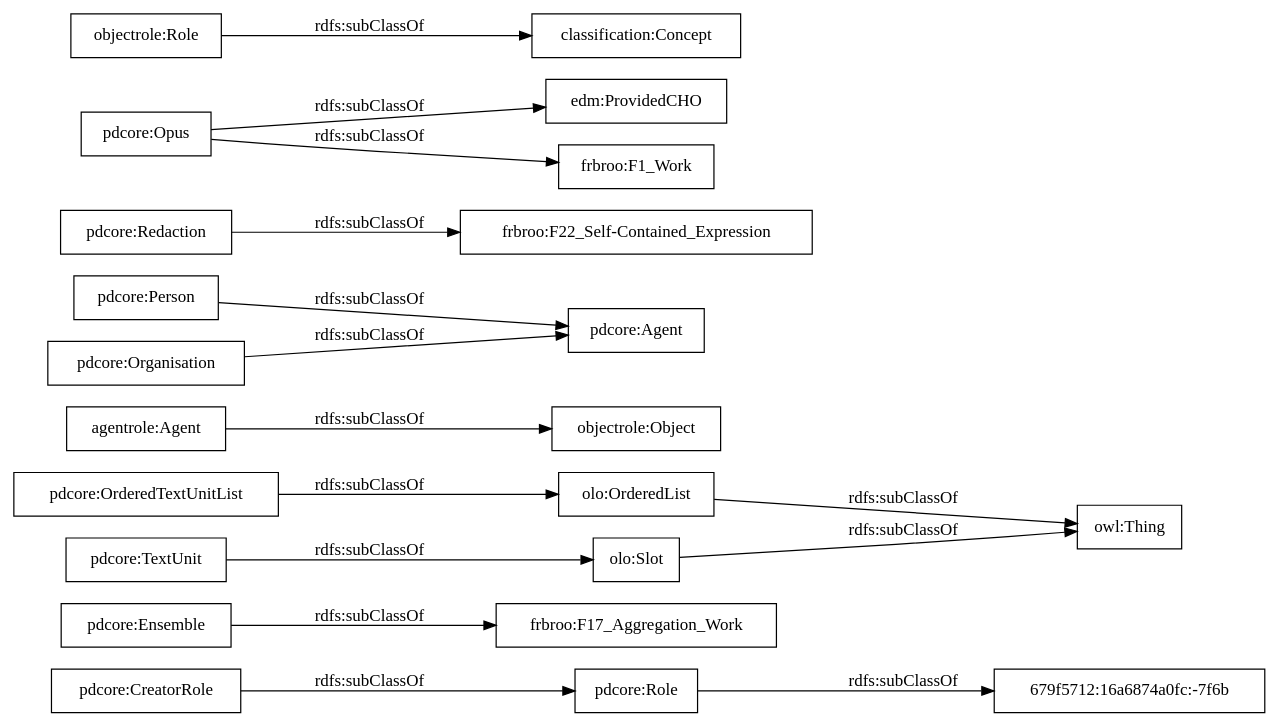
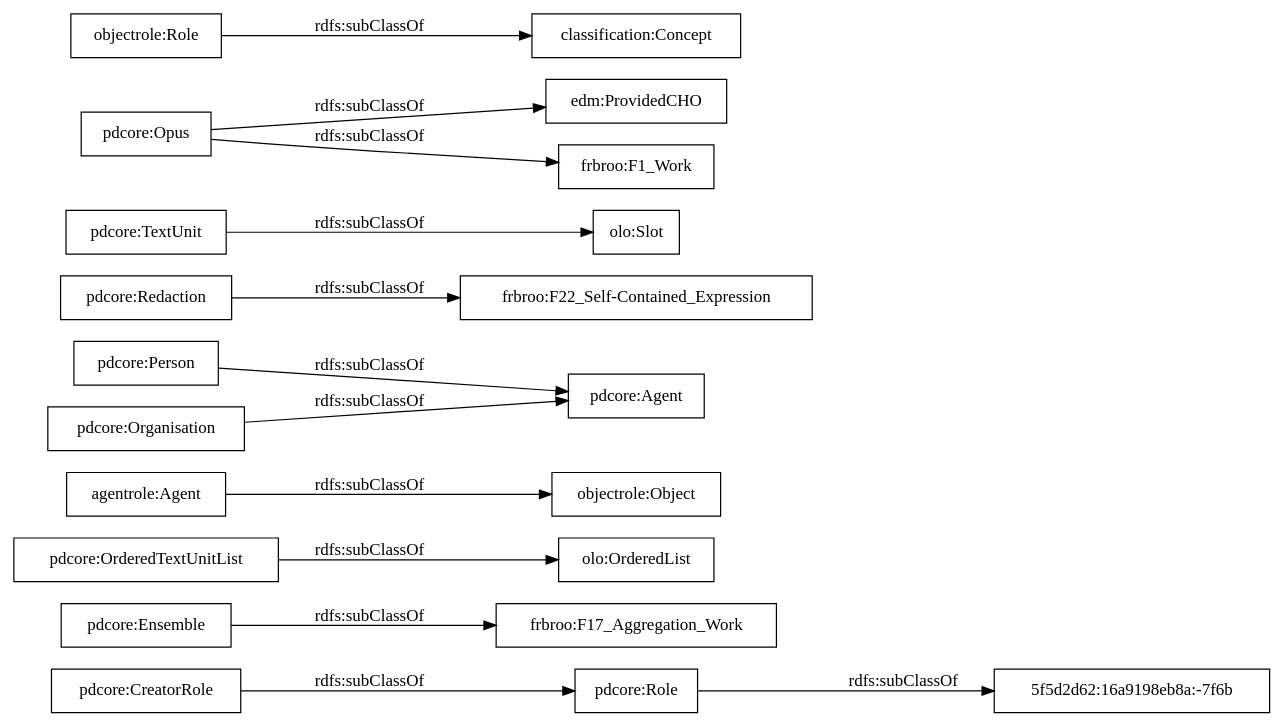
Before and after one commit to linhd-postdata/core-ontology: the diagram in OnToology/postdata-core.owl/diagrams/ar2dtool-taxonomy/postdata-core.owl.png.dot, drawn with Graphviz. The commit also changed 9 other files, not shown here.

```diff
--- a/OnToology/postdata-core.owl/diagrams/ar2dtool-taxonomy/postdata-core.owl.png.dot
+++ b/OnToology/postdata-core.owl/diagrams/ar2dtool-taxonomy/postdata-core.owl.png.dot
@@ -1,20 +1,18 @@
 digraph ar2dtool_diagram { 
 rankdir=LR;
 size="1000"
-node [shape = rectangle, color="black"]; "pdcore:Role" "frbroo:F17_Aggregation_Work" "pdcore:OrderedTextUnitList" "agentrole:Agent" "pdcore:Agent" "pdcore:CreatorRole" "pdcore:Person" "pdcore:Organisation" "pdcore:Redaction" "pdcore:Ensemble" "frbroo:F22_Self-Contained_Expression" "pdcore:TextUnit" "679f5712:16a6874a0fc:-7f6b" "edm:ProvidedCHO" "pdcore:Opus" "frbroo:F1_Work" "owl:Thing" "objectrole:Role" "objectrole:Object" "olo:Slot" "olo:OrderedList" "classification:Concept" ; /*classes style*/
+node [shape = rectangle, color="black"]; "pdcore:Role" "frbroo:F17_Aggregation_Work" "pdcore:OrderedTextUnitList" "agentrole:Agent" "pdcore:Agent" "pdcore:CreatorRole" "pdcore:Person" "pdcore:Organisation" "pdcore:Redaction" "pdcore:Ensemble" "frbroo:F22_Self-Contained_Expression" "pdcore:TextUnit" "edm:ProvidedCHO" "5f5d2d62:16a9198eb8a:-7f6b" "pdcore:Opus" "frbroo:F1_Work" "objectrole:Role" "objectrole:Object" "classification:Concept" ; /*classes style*/
 	"pdcore:Redaction" -> "frbroo:F22_Self-Contained_Expression" [ label = "rdfs:subClassOf" ];
-	"pdcore:Role" -> "679f5712:16a6874a0fc:-7f6b" [ label = "rdfs:subClassOf" ];
+	"pdcore:Role" -> "5f5d2d62:16a9198eb8a:-7f6b" [ label = "rdfs:subClassOf" ];
 	"pdcore:Opus" -> "frbroo:F1_Work" [ label = "rdfs:subClassOf" ];
 	"pdcore:Opus" -> "edm:ProvidedCHO" [ label = "rdfs:subClassOf" ];
 	"pdcore:Person" -> "pdcore:Agent" [ label = "rdfs:subClassOf" ];
-	"olo:OrderedList" -> "owl:Thing" [ label = "rdfs:subClassOf" ];
-	"olo:Slot" -> "owl:Thing" [ label = "rdfs:subClassOf" ];
 	"pdcore:TextUnit" -> "olo:Slot" [ label = "rdfs:subClassOf" ];
 	"agentrole:Agent" -> "objectrole:Object" [ label = "rdfs:subClassOf" ];
 	"pdcore:Ensemble" -> "frbroo:F17_Aggregation_Work" [ label = "rdfs:subClassOf" ];
 	"pdcore:OrderedTextUnitList" -> "olo:OrderedList" [ label = "rdfs:subClassOf" ];
 	"objectrole:Role" -> "classification:Concept" [ label = "rdfs:subClassOf" ];
 	"pdcore:Organisation" -> "pdcore:Agent" [ label = "rdfs:subClassOf" ];
 	"pdcore:CreatorRole" -> "pdcore:Role" [ label = "rdfs:subClassOf" ];
 
 }
```
